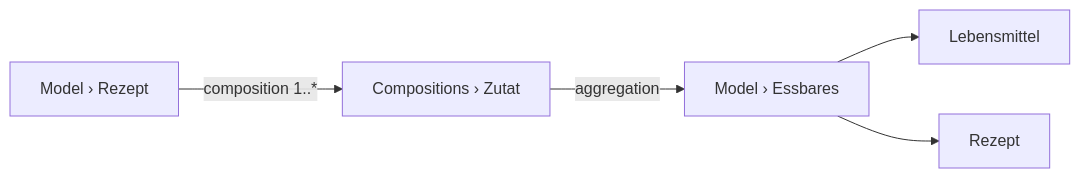
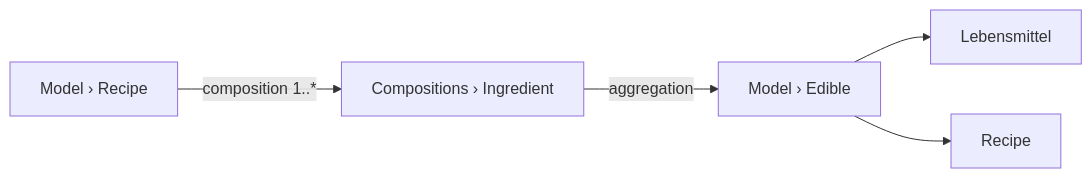
One commit to sfambach/wp-taxonomy-modeler changed the second of 3 diagrams in docs/NewConcept/96-scenario-check.md. Above: the diagram before and after it, drawn with Mermaid. The commit also changed other lines of this file and 7 other files, not shown here.

````diff
--- a/docs/NewConcept/96-scenario-check.md
+++ b/docs/NewConcept/96-scenario-check.md
@@ -53,7 +53,7 @@
 ```mermaid
 flowchart LR
-  R["Model › Rezept"] -->|composition 1..*| Z["Compositions › Zutat"]
-  Z -->|aggregation| E["Model › Essbares"]
+  R["Model › Recipe"] -->|composition 1..*| Z["Compositions › Ingredient"]
+  Z -->|aggregation| E["Model › Edible"]
   E --> L["Lebensmittel"]
-  E --> R2["Rezept"]
+  E --> R2["Recipe"]
 ```
````
